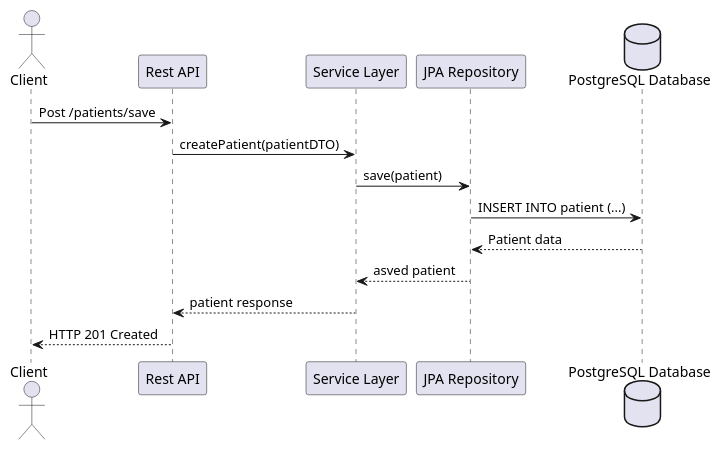
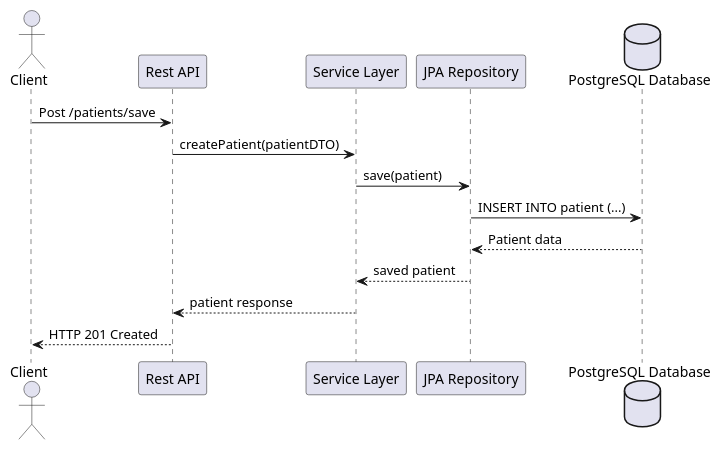
One commit to Caiza/clinical-alerts changed the diagram in README.md. Above: the diagram before and after it, drawn with PlantUML. The commit also changed other lines of this file and 7 other files, not shown here.

```diff
--- a/README.md
+++ b/README.md
@@ -78,19 +78,19 @@
 @startuml
 actor Client
 participant "Rest API" as API
 participant "Service Layer" as Service
 participant "JPA Repository" as Repository
 database "PostgreSQL Database" as DB
 
 Client -> API : Post /patients/save
 API -> Service : createPatient(patientDTO)
 Service -> Repository : save(patient)
 Repository -> DB : INSERT INTO patient (...)
 DB --> Repository : Patient data
-Repository --> Service : asved patient
+Repository --> Service : saved patient
 Service --> API : patient response
 API --> Client : HTTP 201 Created
 
 
 
 @enduml
```
